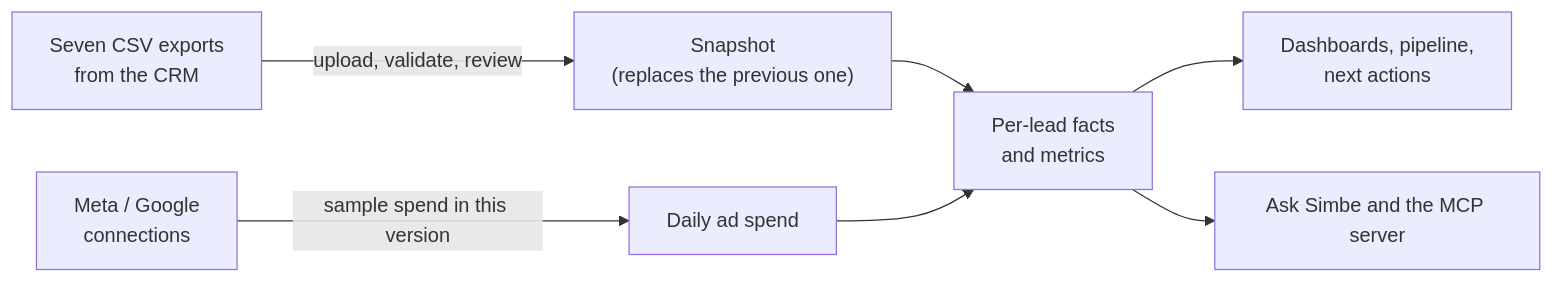
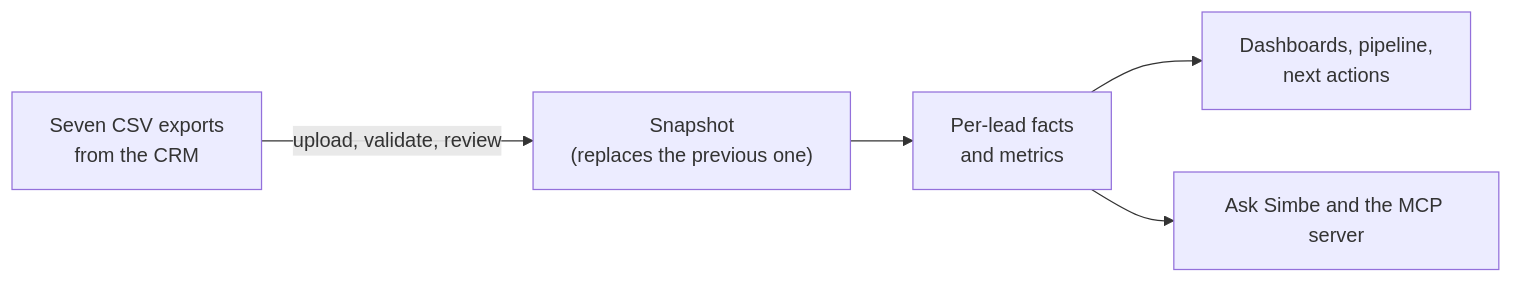
One commit to Sophia-Sergio/simbe changed the diagram in docs/about.md. Above: the diagram before and after it, drawn with Mermaid. The commit also changed other lines of this file and 151 other files, not shown here.

````diff
--- a/docs/about.md
+++ b/docs/about.md
@@ -61,9 +61,7 @@
 ```mermaid
 flowchart LR
   CRM["Seven CSV exports<br/>from the CRM"] -->|upload, validate, review| SNAP["Snapshot<br/>(replaces the previous one)"]
-  ADS["Meta / Google<br/>connections"] -->|sample spend in this version| SPEND["Daily ad spend"]
   SNAP --> FACTS["Per-lead facts<br/>and metrics"]
-  SPEND --> FACTS
   FACTS --> UI["Dashboards, pipeline,<br/>next actions"]
   FACTS --> AI["Ask Simbe and the MCP server"]
 ```
````
